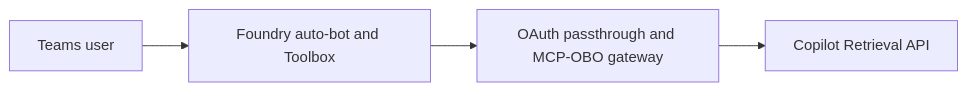
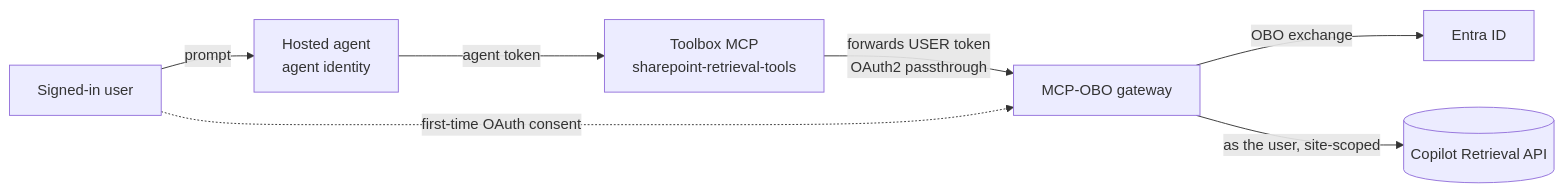
Before and after one commit to Heenanl/Foundry_EnterpriseAgents: the diagram in foundryagents/hostedagent/sharepoint-copilot-retrieval/README.md, drawn with Mermaid. The commit also changed other lines of this file and 33 other files, not shown here.

First line of the commit message:
Flatten SharePoint retrieval sample to match the other agent samples

````diff
--- a/foundryagents/hostedagent/sharepoint-copilot-retrieval/README.md
+++ b/foundryagents/hostedagent/sharepoint-copilot-retrieval/README.md
@@ -8,6 +29,9 @@
 ```mermaid
 flowchart LR
-U[Teams user] --> A[Foundry auto-bot and Toolbox]
-A --> G[OAuth passthrough and MCP-OBO gateway]
-G --> R[Copilot Retrieval API]
+    U[Signed-in user] -->|prompt| A[Hosted agent<br/>agent identity]
+    A -->|agent token| TB[Toolbox MCP<br/>sharepoint-retrieval-tools]
+    TB -->|forwards USER token<br/>OAuth2 passthrough| GW[MCP-OBO gateway]
+    GW -->|OBO exchange| E[Entra ID]
+    GW -->|as the user, site-scoped| RET[(Copilot Retrieval API)]
+    U -.->|first-time OAuth consent| GW
 ```
````
